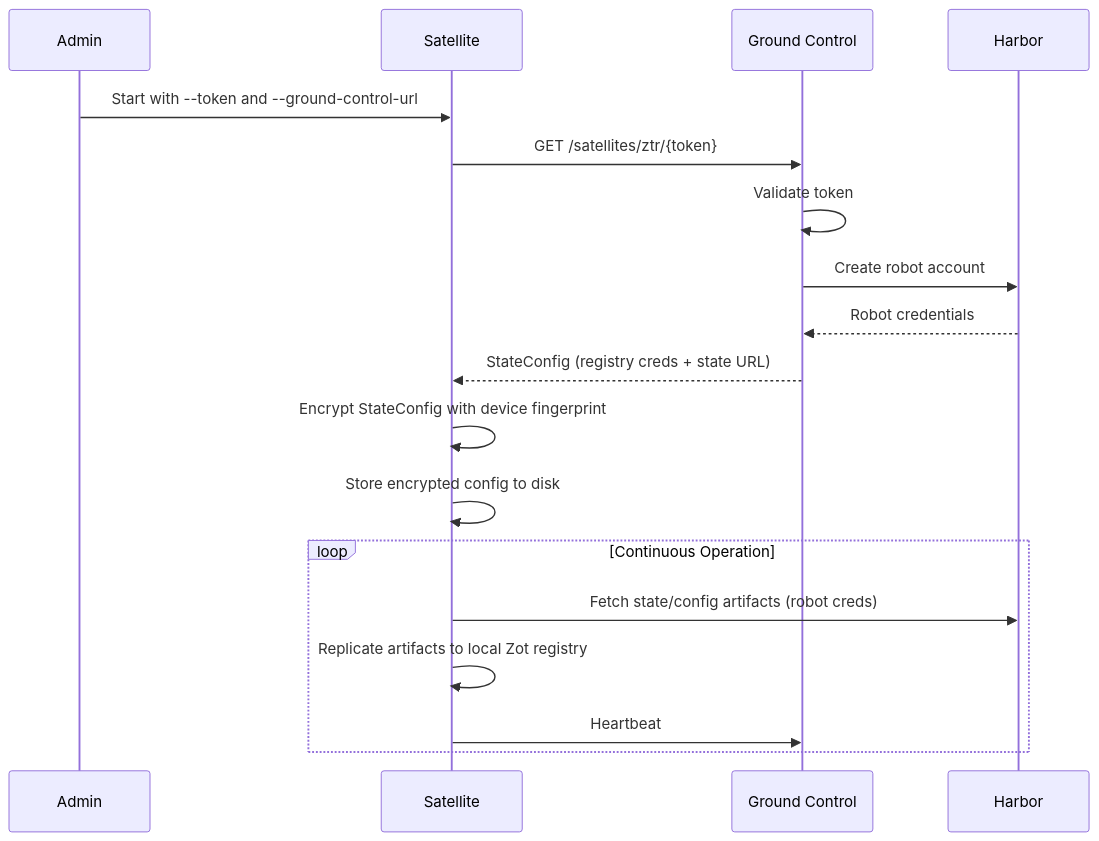
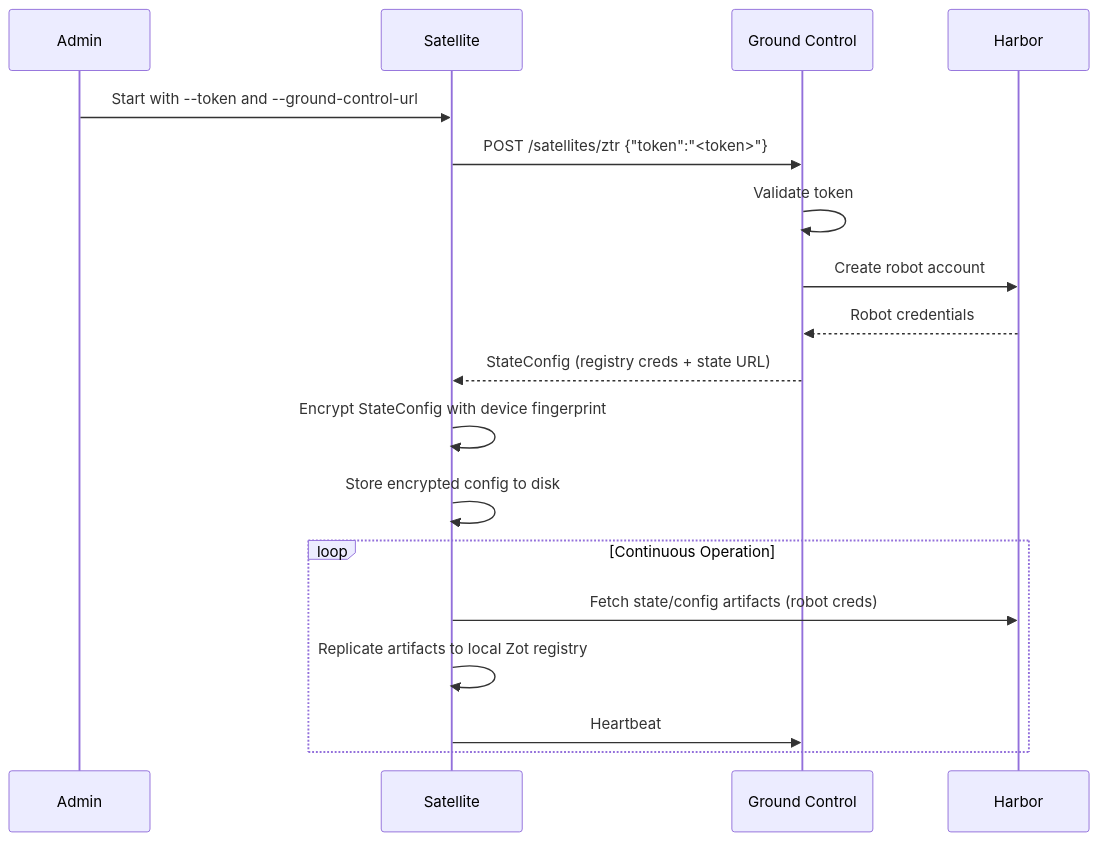
Before and after one commit to container-registry/harbor-satellite: the third of 7 diagrams in docs/decisions/0005-spiffe-identity-and-security.md, drawn with Mermaid. The commit also changed other lines of this file and 4 other files, not shown here.

````diff
--- a/docs/decisions/0005-spiffe-identity-and-security.md
+++ b/docs/decisions/0005-spiffe-identity-and-security.md
@@ -170,21 +170,21 @@
 ```mermaid
 sequenceDiagram
     participant Admin
     participant Satellite
     participant GC as Ground Control
     participant Harbor
 
     Admin->>Satellite: Start with --token and --ground-control-url
-    Satellite->>GC: GET /satellites/ztr/{token}
+    Satellite->>GC: POST /satellites/ztr {"token":"<token>"}
     GC->>GC: Validate token
     GC->>Harbor: Create robot account
     Harbor-->>GC: Robot credentials
     GC-->>Satellite: StateConfig (registry creds + state URL)
     Satellite->>Satellite: Encrypt StateConfig with device fingerprint
     Satellite->>Satellite: Store encrypted config to disk
     loop Continuous Operation
         Satellite->>Harbor: Fetch state/config artifacts (robot creds)
         Satellite->>Satellite: Replicate artifacts to local Zot registry
         Satellite->>GC: Heartbeat
     end
 ```
````
